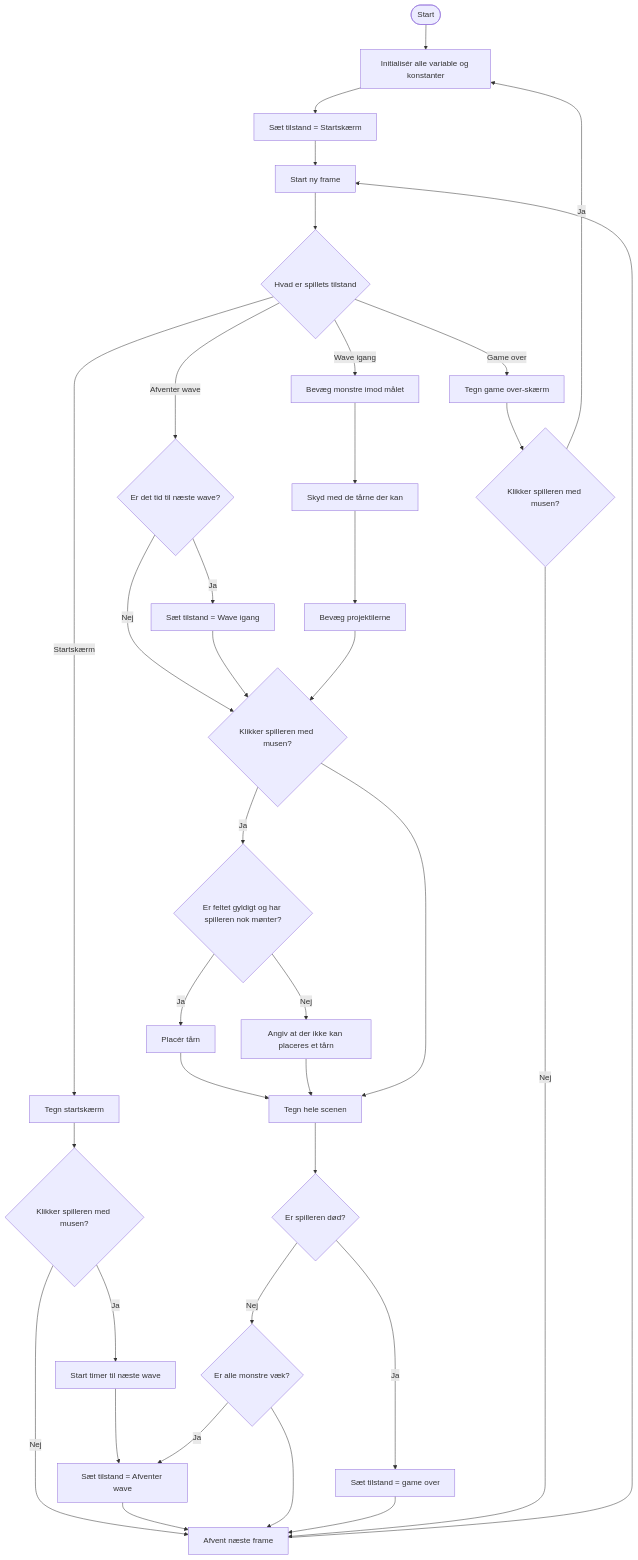
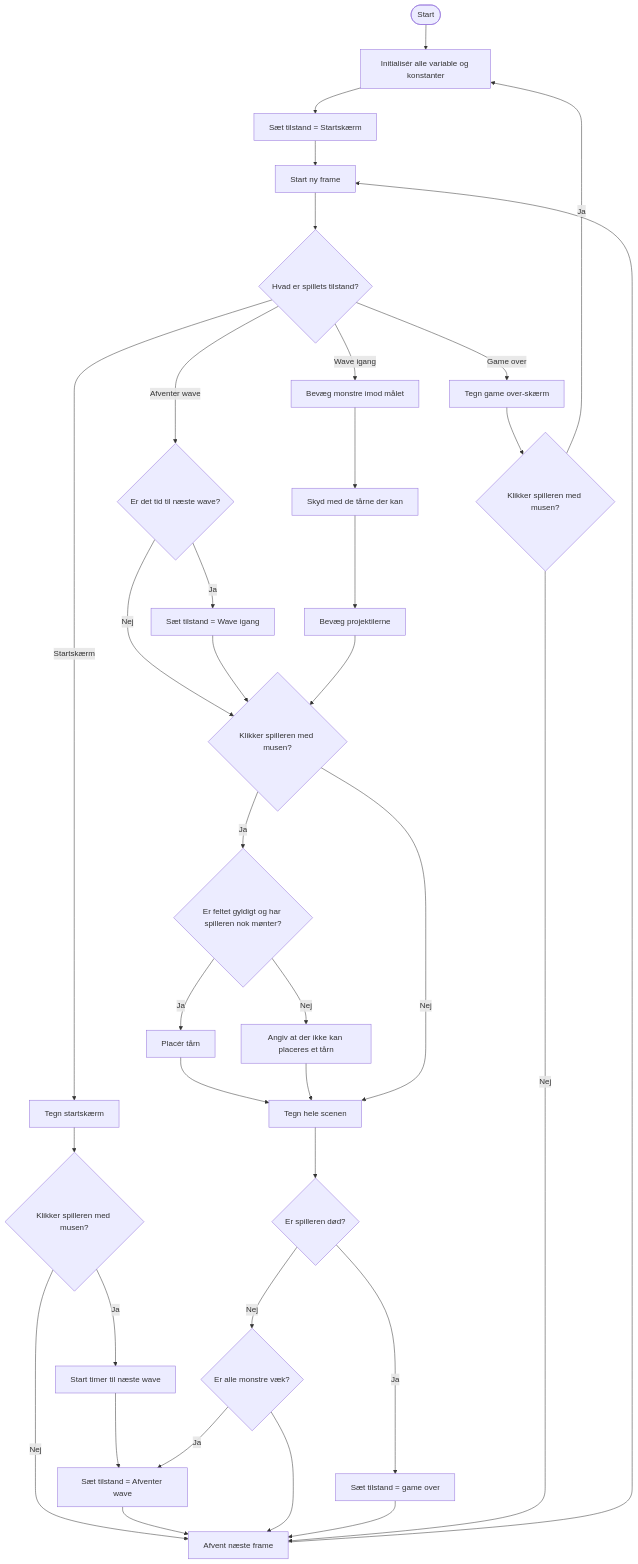
Before and after one commit to AHSarantaris/fg-pro-b-2026: the diagram in afleveringsprojekter/afleveringsprojekt01/fg-tower-defence/game_loop_flowdiagram.md, drawn with Mermaid. The commit also changed 9 other files, not shown here.

````diff
--- a/afleveringsprojekter/afleveringsprojekt01/fg-tower-defence/game_loop_flowdiagram.md
+++ b/afleveringsprojekter/afleveringsprojekt01/fg-tower-defence/game_loop_flowdiagram.md
@@ -4,50 +4,50 @@
 ```mermaid
 flowchart TD
     A@{ shape: stadium, label: Start} 
     --> init[Initialisér alle variable og konstanter]
     --> sætstartskærm[Sæt tilstand = Startskærm]
     --> nyframe[Start ny frame]
-    --> tilstand{Hvad er spillets tilstand}
+    --> tilstand{Hvad er spillets tilstand?}
     tilstand -->|Startskærm| startskærm[Tegn startskærm] 
     startskærm --> klikstartskærm{Klikker spilleren med musen?}
     -->|Nej| afvent
     klikstartskærm -->|Ja| starttimer[Start timer til næste wave]
     --> sætspiligang
 
     afvent[Afvent næste frame] --> nyframe
     
     tilstand -->|Afventer wave| tidgået{Er det tid til næste wave?}
     tidgået -->|Nej| klikbane
     tidgået -->|Ja| nywave[Sæt tilstand = Wave igang]
     --> klikbane
 
     klikbane{Klikker spilleren med musen?} -->|Ja| gyldigt{Er feltet gyldigt og har spilleren nok mønter?}
     gyldigt -->|Nej| angiv[Angiv at der ikke kan placeres et tårn]
     gyldigt -->|Ja| placer[Placér tårn]
     placer --> tegnbane
     angiv --> tegnbane
 
 
     sætspiligang[Sæt tilstand = Afventer wave] --> afvent
     
     tilstand --> |Wave igang| bevægmonstre[Bevæg monstre imod målet] 
     --> tårneskyd[Skyd med de tårne der kan] 
     --> bevægprojektiler[Bevæg projektilerne] 
     --> klikbane
     tegnbane[Tegn hele scenen]
     --> spillerdød{Er spilleren død?}
     spillerdød -->|Nej| waveslut{Er alle monstre væk?}  
     --> afvent
     spillerdød -->|Ja| sætgameover[Sæt tilstand = game over]
     --> afvent
     waveslut -->|Ja| sætspiligang
     gameover --> klikgameover{Klikker spilleren med musen?}
     klikgameover --> |Ja| init
     klikgameover -->|Nej| afvent
     
     tilstand -->|Game over| gameover[Tegn game over-skærm]
     
-    klikbane --> tegnbane
+    klikbane -->|Nej| tegnbane
 
     
 ```
````
